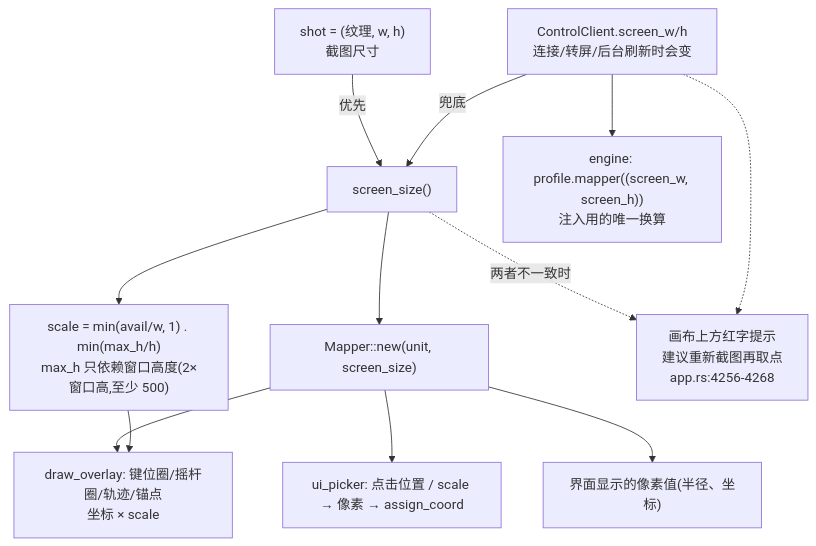
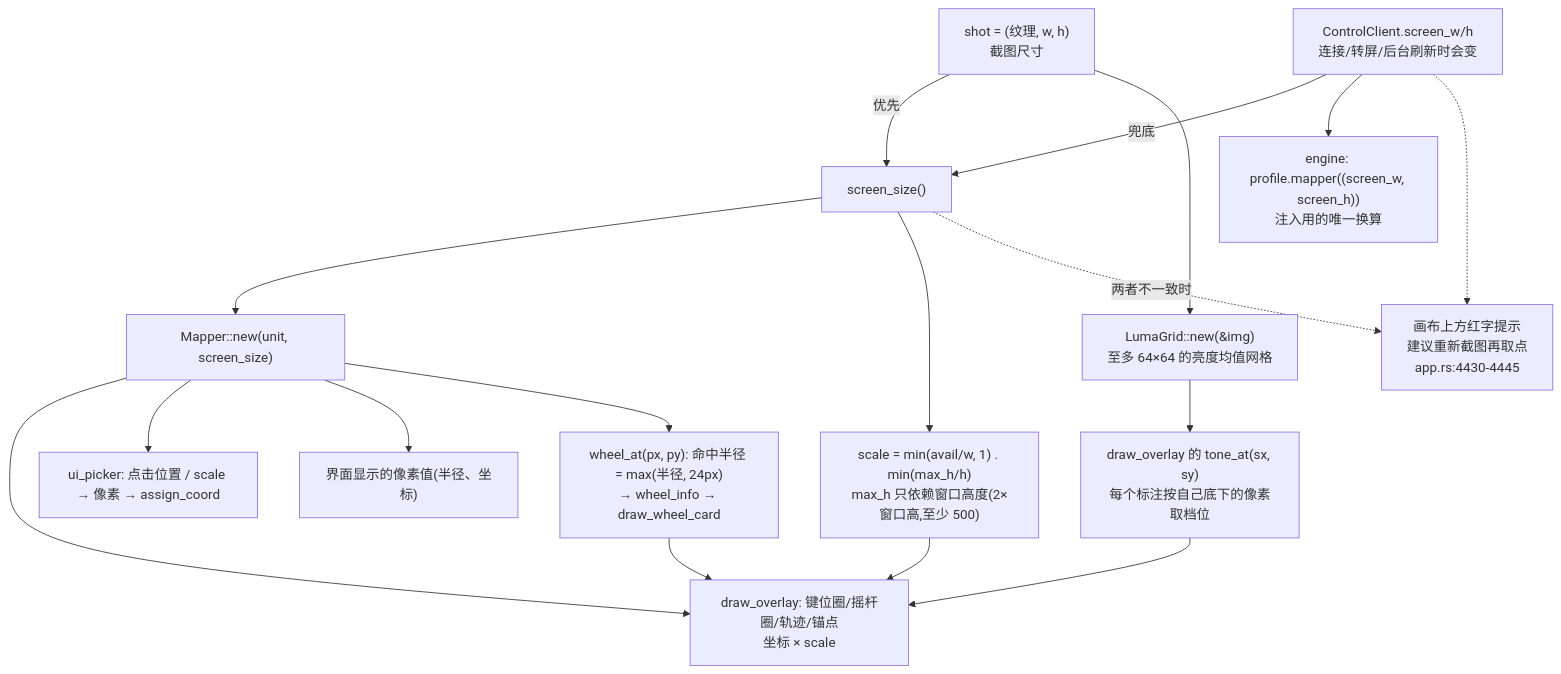
Before and after one commit to Azrl-lyh/scrcpy-pad: the sixth of 8 diagrams in 文档/文件与执行逻辑.md, drawn with Mermaid. The commit also changed other lines of this file and 10 other files, not shown here.

````diff
--- a/文档/文件与执行逻辑.md
+++ b/文档/文件与执行逻辑.md
@@ -651,14 +671,19 @@
 ```mermaid
 flowchart TD
     SHOT["shot = (纹理, w, h)<br/>截图尺寸"] -->|"优先"| SS["screen_size()"]
     CTL["ControlClient.screen_w/h<br/>连接/转屏/后台刷新时会变"] -->|"兜底"| SS
     SS --> MAPPER["Mapper::new(unit, screen_size)"]
     MAPPER --> OV["draw_overlay: 键位圈/摇杆圈/轨迹/锚点<br/>坐标 × scale"]
     MAPPER --> PICK["ui_picker: 点击位置 / scale → 像素 → assign_coord"]
     MAPPER --> DISP["界面显示的像素值(半径、坐标)"]
+    SHOT --> LUM["LumaGrid::new(&img)<br/>至多 64×64 的亮度均值网格"]
+    LUM --> TONE["draw_overlay 的 tone_at(sx, sy)<br/>每个标注按自己底下的像素取档位"]
+    TONE --> OV
+    MAPPER --> CARD["wheel_at(px, py): 命中半径 = max(半径, 24px)<br/>→ wheel_info → draw_wheel_card"]
+    CARD --> OV
     SS --> SCALE["scale = min(avail/w, 1) . min(max_h/h)<br/>max_h 只依赖窗口高度(2×窗口高,至少 500)"]
     SCALE --> OV
     CTL --> ENGINE["engine: profile.mapper((screen_w, screen_h))<br/>注入用的唯一换算"]
-    SS -.->|"两者不一致时"| WARN["画布上方红字提示<br/>建议重新截图再取点<br/>app.rs:4256-4268"]
+    SS -.->|"两者不一致时"| WARN["画布上方红字提示<br/>建议重新截图再取点<br/>app.rs:4430-4445"]
     CTL -.-> WARN
 ```
````
